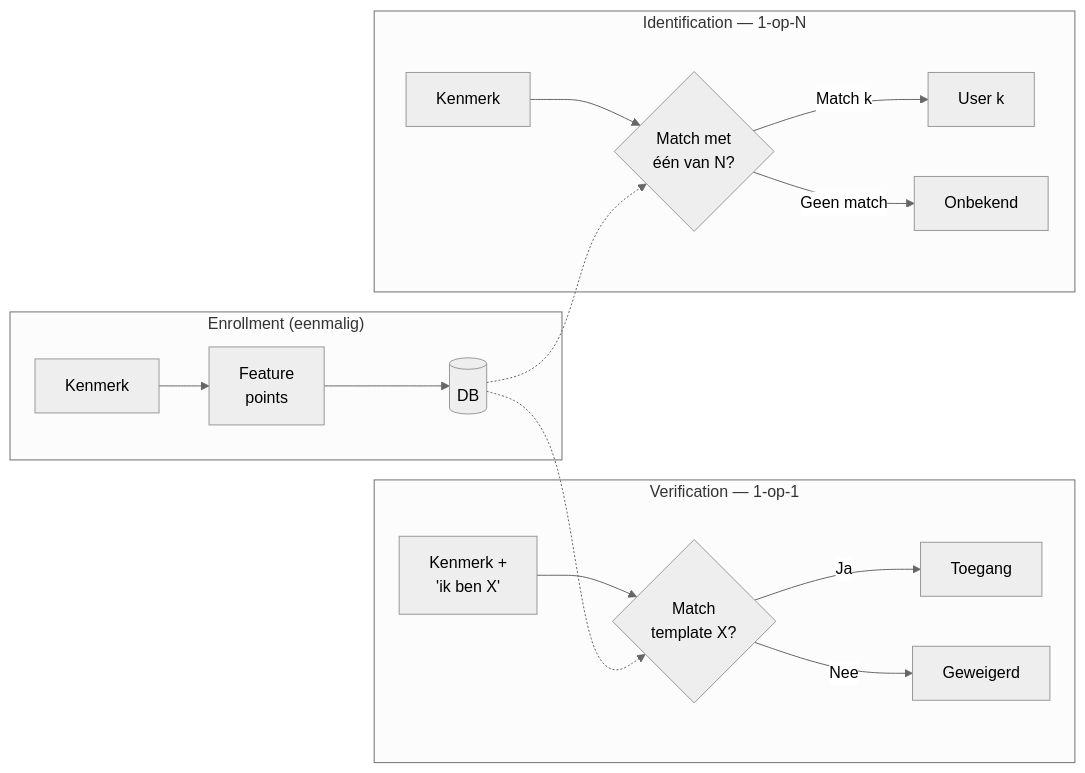
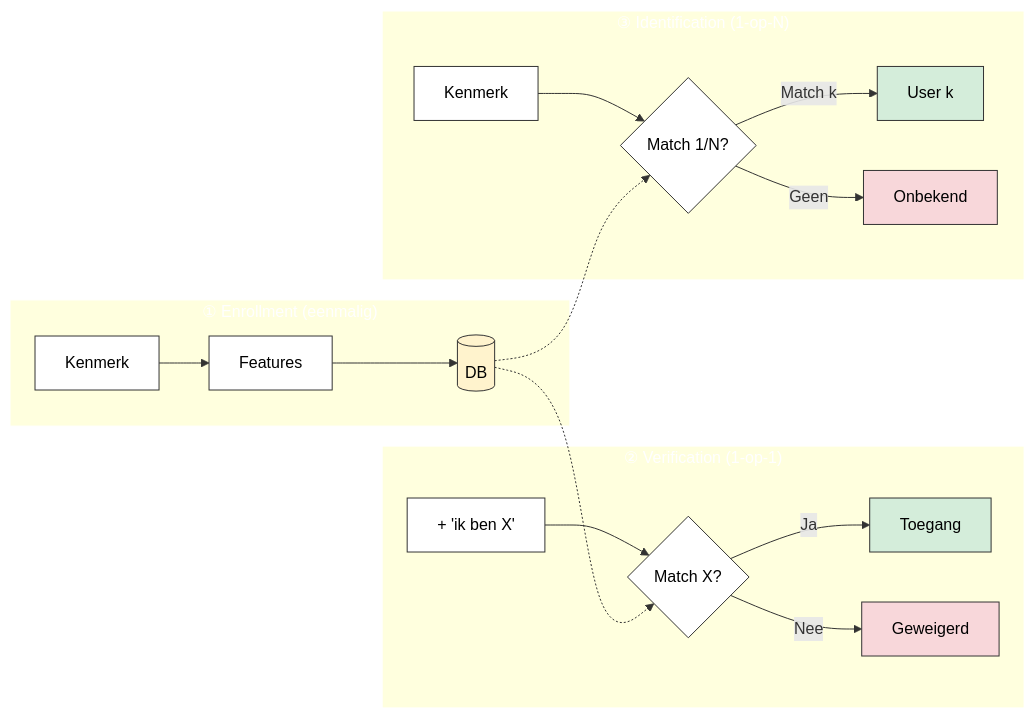
Before and after one commit to timdams/cyberboswachters_boek: the third of 5 diagrams in cyberboswachters/slides/authenticatie.qmd, drawn with Mermaid. The commit also changed other lines of this file and 3 other files, not shown here.

````diff
--- a/cyberboswachters/slides/authenticatie.qmd
+++ b/cyberboswachters/slides/authenticatie.qmd
@@ -497,19 +549,25 @@
 ```{mermaid}
-%%{init: {"theme": "neutral", "flowchart": {"useMaxWidth": true}} }%%
+%%{init: {"flowchart": {"useMaxWidth": true}} }%%
 flowchart LR
-    subgraph ENR["Enrollment (eenmalig)"]
-        E1[Kenmerk] --> E2[Feature<br/>points] --> E3[(DB)]
+    classDef box fill:#ffffff,stroke:#333,color:#000,stroke-width:1px
+    classDef db fill:#fff3cd,stroke:#333,color:#000,stroke-width:1px
+    classDef good fill:#d4edda,stroke:#333,color:#000,stroke-width:1px
+    classDef bad fill:#f8d7da,stroke:#333,color:#000,stroke-width:1px
+    classDef cluster color:#ffffff,stroke:#ffffff
+    subgraph ENR["① Enrollment (eenmalig)"]
+        E1[Kenmerk]:::box --> E2[Features]:::box --> E3[(DB)]:::db
     end
-    subgraph VER["Verification — 1-op-1"]
-        V1["Kenmerk +<br/>'ik ben X'"] --> V3{Match<br/>template X?}
-        V3 -->|Ja| V4[Toegang]
-        V3 -->|Nee| V5[Geweigerd]
+    subgraph VER["② Verification (1-op-1)"]
+        V1["+ 'ik ben X'"]:::box --> V3{Match X?}:::box
+        V3 -->|Ja| V4[Toegang]:::good
+        V3 -->|Nee| V5[Geweigerd]:::bad
     end
-    subgraph IDE["Identification — 1-op-N"]
-        I1[Kenmerk] --> I3{Match met<br/>één van N?}
-        I3 -->|Match k| I4[User k]
-        I3 -->|Geen match| I5[Onbekend]
+    subgraph IDE["③ Identification (1-op-N)"]
+        I1[Kenmerk]:::box --> I3{Match 1/N?}:::box
+        I3 -->|Match k| I4[User k]:::good
+        I3 -->|Geen| I5[Onbekend]:::bad
     end
     E3 -.-> V3
     E3 -.-> I3
+    class ENR,VER,IDE cluster
 ```
````
